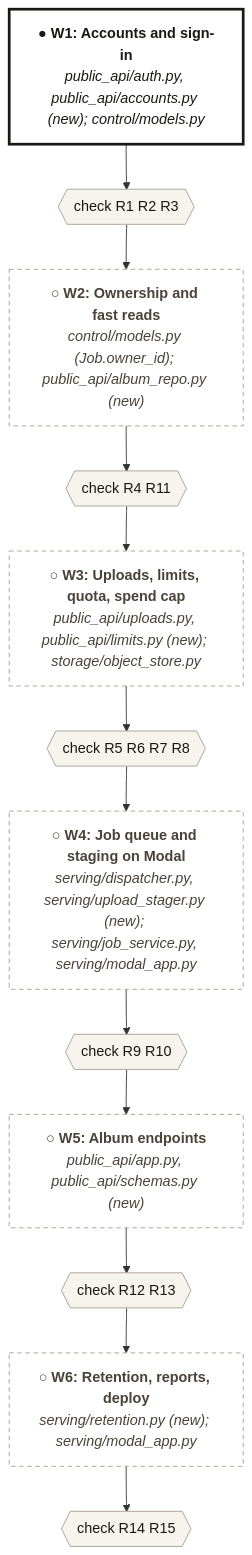
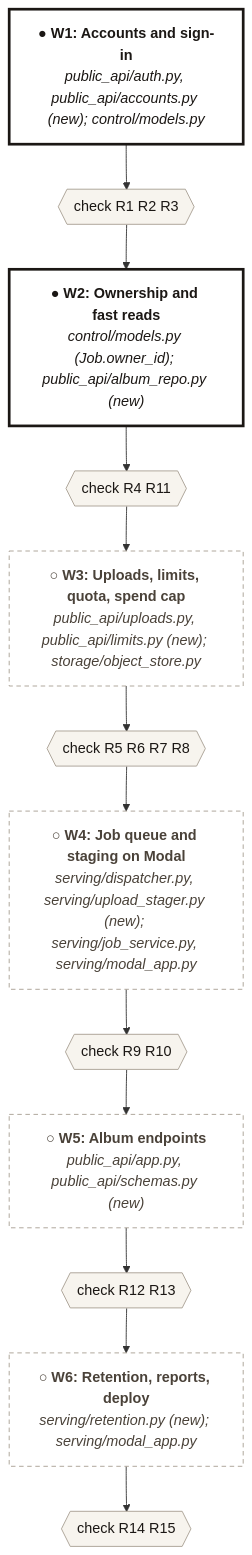
One commit to jonathanhexner/albumify changed the first of 2 diagrams in specs/120-public-api-accounts/spec.md. Above: the diagram before and after it, drawn with Mermaid. The commit also changed other lines of this file and 11 other files, not shown here.

First line of the commit message:
feat(spec-120 W2): album ownership and fast public reads

````diff
--- a/specs/120-public-api-accounts/spec.md
+++ b/specs/120-public-api-accounts/spec.md
@@ -38,20 +38,20 @@
 ```mermaid
 flowchart TD
   S1["<b>● W1: Accounts and sign-in</b><br/><i>public_api/auth.py, public_api/accounts.py (new); control/models.py</i>"] --> C1{{"check R1 R2 R3"}}
-  C1 --> S2["<b>○ W2: Ownership and fast reads</b><br/><i>control/models.py (Job.owner_id); public_api/album_repo.py (new)</i>"]
+  C1 --> S2["<b>● W2: Ownership and fast reads</b><br/><i>control/models.py (Job.owner_id); public_api/album_repo.py (new)</i>"]
   S2 --> C2{{"check R4 R11"}}
   C2 --> S3["<b>○ W3: Uploads, limits, quota, spend cap</b><br/><i>public_api/uploads.py, public_api/limits.py (new); storage/object_store.py</i>"]
   S3 --> C3{{"check R5 R6 R7 R8"}}
   C3 --> S4["<b>○ W4: Job queue and staging on Modal</b><br/><i>serving/dispatcher.py, serving/upload_stager.py (new); serving/job_service.py, serving/modal_app.py</i>"]
   S4 --> C4{{"check R9 R10"}}
   C4 --> S5["<b>○ W5: Album endpoints</b><br/><i>public_api/app.py, public_api/schemas.py (new)</i>"]
   S5 --> C5{{"check R12 R13"}}
   C5 --> S6["<b>○ W6: Retention, reports, deploy</b><br/><i>serving/retention.py (new); serving/modal_app.py</i>"]
   S6 --> C6{{"check R14 R15"}}
   classDef done fill:#FFFFFF,stroke:#1B1714,stroke-width:3px,color:#1B1714
   classDef todo fill:#FFFFFF,stroke:#A89F92,stroke-width:1px,stroke-dasharray:5 4,color:#4A4239
   classDef check fill:#F7F4EE,stroke:#A89F92,color:#1B1714
-  class S1 done
-  class S2,S3,S4,S5,S6 todo
+  class S1,S2 done
+  class S3,S4,S5,S6 todo
   class C1,C2,C3,C4,C5,C6 check
 ```
````
